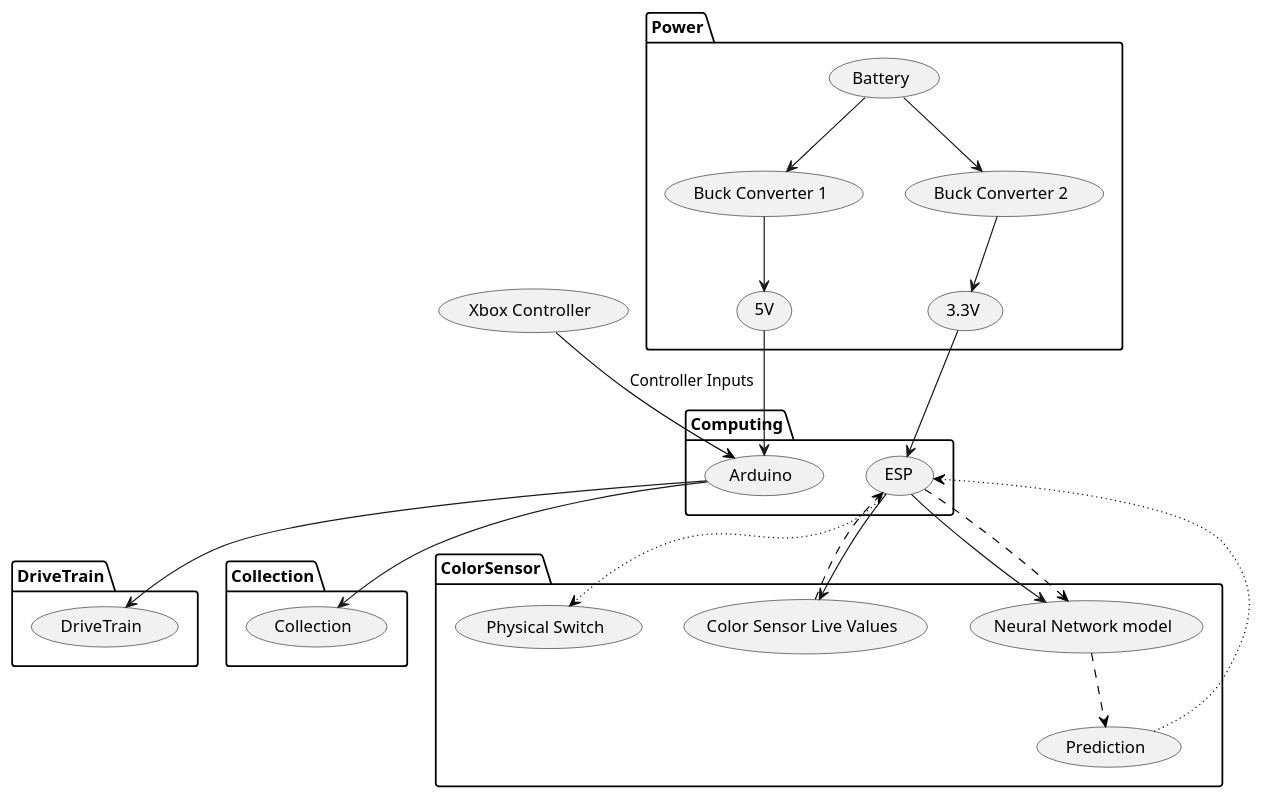
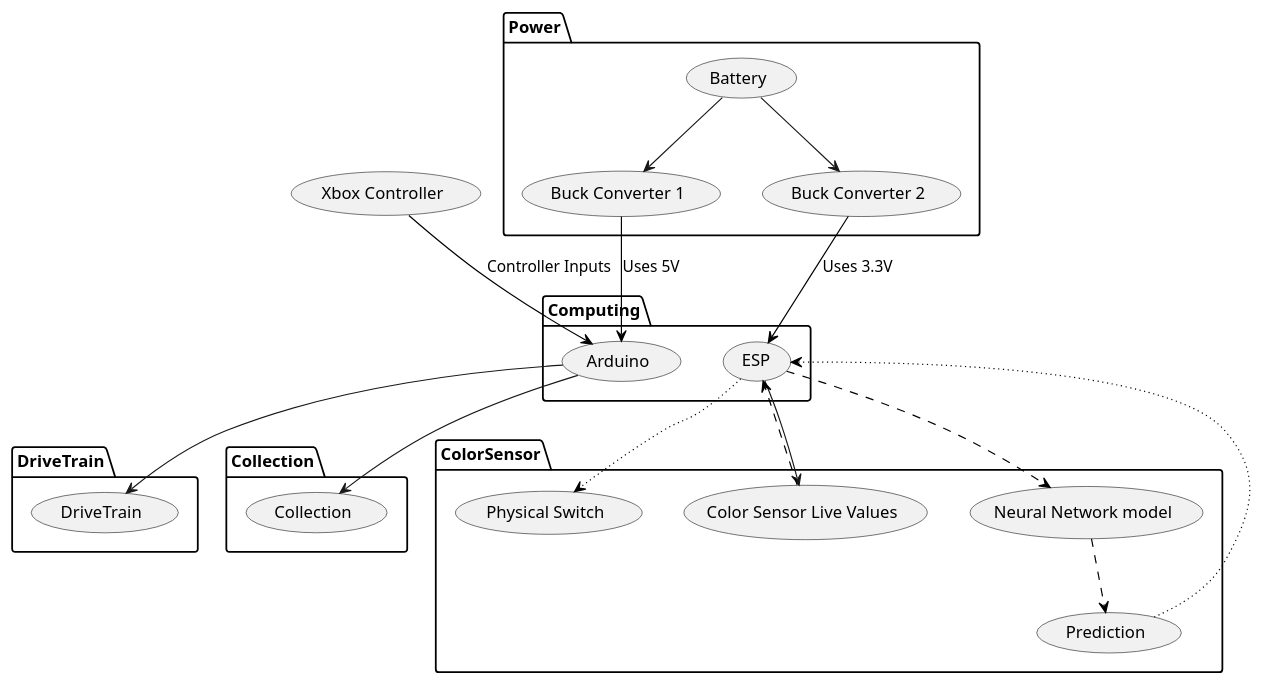
Before and after one commit to RajitTalluri/ASME_SDC_-25--26: the diagram in out/Diagrams/DIagram1.plantuml, drawn with PlantUML.

Commit message:
Removed voltage bubbles

```diff
--- a/out/Diagrams/DIagram1.plantuml
+++ b/out/Diagrams/DIagram1.plantuml
@@ -1,61 +1,56 @@
 @startuml ASME SDC 25-26 Diagram
 
 package Computing {
 usecase "Arduino" as Ad
 usecase "ESP"
 }
 
 package ColorSensor {
 usecase "Neural Network model" as NN
 usecase "Color Sensor Live Values" as LV
 usecase "Prediction" as Pd
 usecase "Physical Switch" as PS
 }
 
 package DriveTrain {
 usecase "DriveTrain" as DT
 }
 
 package Collection {
 usecase "Collection" as Col
 }
 
 package Power {
 usecase "Battery" as B
 usecase "Buck Converter 1" as BC1
 usecase "Buck Converter 2" as BC2
-usecase "5V"
-usecase "3.3V"
 }
 
 
 (Xbox Controller) --> Ad #black;text:black : Controller Inputs
 
 
 'DRIVETRAIN
 Ad --> DT
 
 
 'COLLECTION
 Ad --> Col
 
 
 'COLORSENSOR
 ESP --> LV
-ESP --> NN
 LV --> ESP #black;line.dashed;
 ESP --> NN #black;line.dashed;
 NN --> Pd #black;line.dashed;
 Pd --> ESP #black;line.dotted;
 ESP --> PS #black;line.dotted;
 
 'POWER
 B --> BC1
 B --> BC2
-BC1 --> 5V
-5V --> Ad
-BC2 --> 3.3V
-3.3V --> ESP
+BC1 --> Ad #black;text:black : Uses 5V
+BC2 --> ESP #black;text:black : Uses 3.3V
 
 
 @enduml
```
